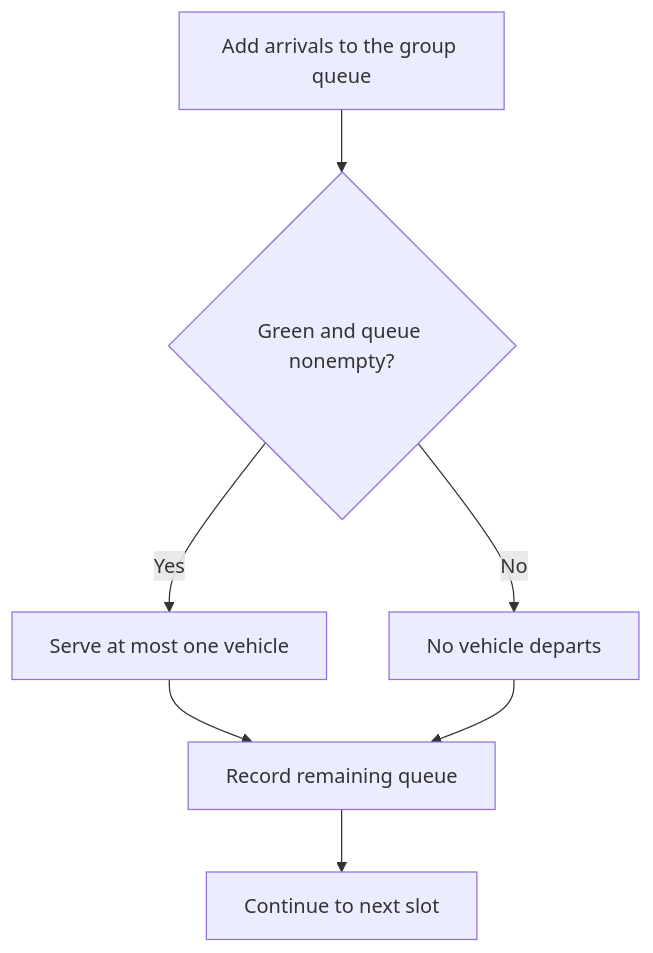
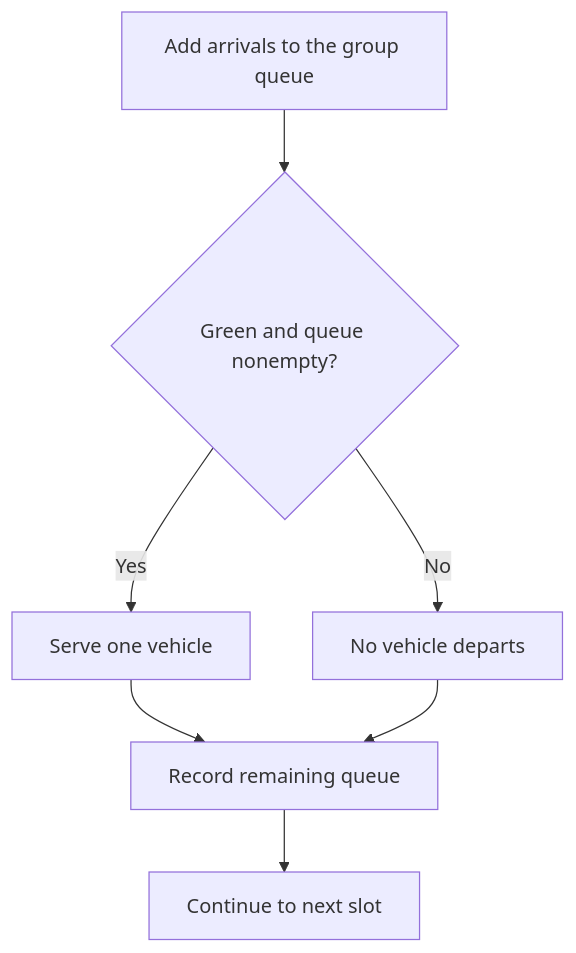
Before and after one commit to And-Gu/executable-engineering-lab: the second of 2 diagrams in project/v3/manuscripts/revised/02-introducing-the-engineering-challenge.md, drawn with Mermaid. The commit also changed other lines of this file and 7 other files, not shown here.

````diff
--- a/project/v3/manuscripts/revised/02-introducing-the-engineering-challenge.md
+++ b/project/v3/manuscripts/revised/02-introducing-the-engineering-challenge.md
@@ -97,9 +97,9 @@
 ```mermaid
 flowchart TD
     A[Add arrivals to the group queue] --> B{Green and queue nonempty?}
-    B -- Yes --> C[Serve at most one vehicle]
+    B -- Yes --> C[Serve one vehicle]
     B -- No --> D[No vehicle departs]
     C --> E[Record remaining queue]
     D --> E
     E --> F[Continue to next slot]
 ```
````
